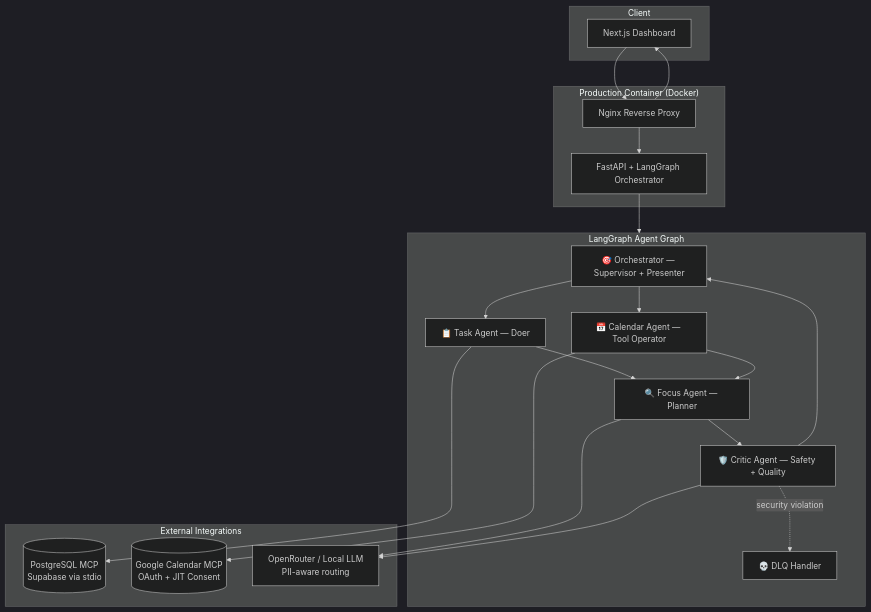
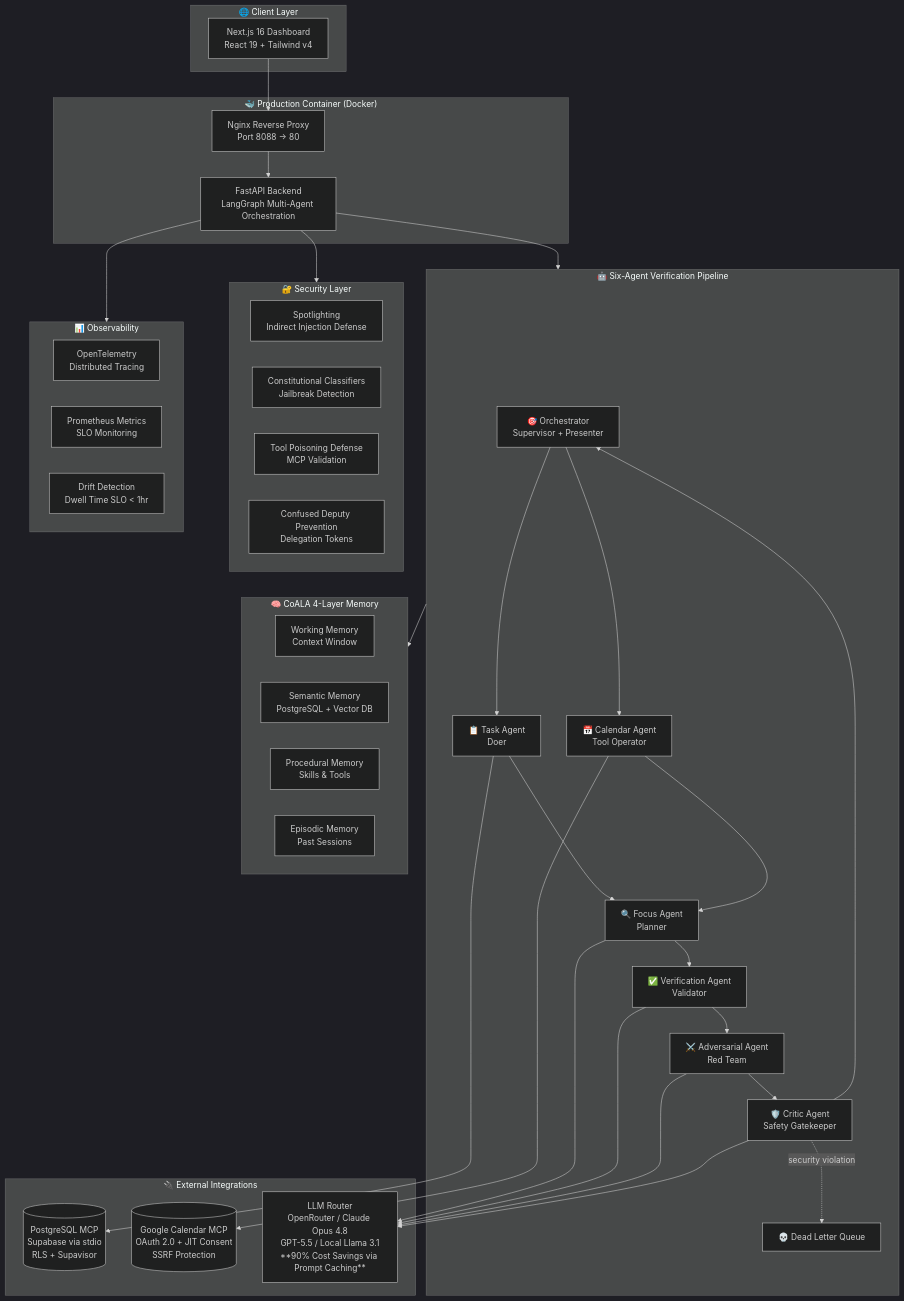
The diagram in README.md (qasirdev/daily-briefing), drawn with Mermaid (dark theme) before and after one commit. The commit also changed other lines of this file and 1 other file, not shown here.

````diff
--- a/README.md
+++ b/README.md
@@ -70,42 +196,71 @@
 ```mermaid
 flowchart TB
-    subgraph Client
-        UI[Next.js Dashboard]
+    subgraph Client["🌐 Client Layer"]
+        UI[Next.js 16 Dashboard<br/>React 19 + Tailwind v4]
     end
 
-    subgraph Container["Production Container (Docker)"]
-        NGINX[Nginx Reverse Proxy]
-        API[FastAPI + LangGraph Orchestrator]
+    subgraph Container["🐳 Production Container (Docker)"]
+        NGINX[Nginx Reverse Proxy<br/>Port 8088 → 80]
+        API[FastAPI Backend<br/>LangGraph Multi-Agent Orchestration]
         UI --> NGINX
         NGINX --> API
-        NGINX --> UI
     end
 
-    subgraph Agents["LangGraph Agent Graph"]
-        ORCH[🎯 Orchestrator — Supervisor + Presenter]
-        TASK[📋 Task Agent — Doer]
-        CAL[📅 Calendar Agent — Tool Operator]
-        FOCUS[🔍 Focus Agent — Planner]
-        CRIT[🛡️ Critic Agent — Safety + Quality]
-        DLQ[💀 DLQ Handler]
+    subgraph Agents["🤖 Six-Agent Verification Pipeline"]
+        ORCH[🎯 Orchestrator<br/>Supervisor + Presenter]
+        TASK[📋 Task Agent<br/>Doer]
+        CAL[📅 Calendar Agent<br/>Tool Operator]
+        FOCUS[🔍 Focus Agent<br/>Planner]
+        VERIFY[✅ Verification Agent<br/>Validator]
+        ADV[⚔️ Adversarial Agent<br/>Red Team]
+        CRIT[🛡️ Critic Agent<br/>Safety Gatekeeper]
+        DLQ[💀 Dead Letter Queue]
+        
         ORCH --> TASK
         ORCH --> CAL
         TASK --> FOCUS
         CAL --> FOCUS
-        FOCUS --> CRIT
+        FOCUS --> VERIFY
+        VERIFY --> ADV
+        ADV --> CRIT
         CRIT --> ORCH
         CRIT -.->|security violation| DLQ
     end
 
-    subgraph Integrations["External Integrations"]
-        MCP_PG[(PostgreSQL MCP\nSupabase via stdio)]
-        MCP_CAL[(Google Calendar MCP\nOAuth + JIT Consent)]
-        LLM[OpenRouter / Local LLM\nPII-aware routing]
+    subgraph Memory["🧠 CoALA 4-Layer Memory"]
+        WORK[Working Memory<br/>Context Window]
+        SEM[Semantic Memory<br/>PostgreSQL + Vector DB]
+        PROC[Procedural Memory<br/>Skills & Tools]
+        EPIS[Episodic Memory<br/>Past Sessions]
+    end
+
+    subgraph Security["🔐 Security Layer"]
+        SPOT[Spotlighting<br/>Indirect Injection Defense]
+        CONST[Constitutional Classifiers<br/>Jailbreak Detection]
+        POISON[Tool Poisoning Defense<br/>MCP Validation]
+        DEPUTY[Confused Deputy Prevention<br/>Delegation Tokens]
+    end
+
+    subgraph Integrations["🔌 External Integrations"]
+        MCP_PG[(PostgreSQL MCP<br/>Supabase via stdio<br/>RLS + Supavisor)]
+        MCP_CAL[(Google Calendar MCP<br/>OAuth 2.0 + JIT Consent<br/>SSRF Protection)]
+        LLM[LLM Router<br/>OpenRouter / Claude Opus 4.8<br/>GPT-5.5 / Local Llama 3.1<br/>**90% Cost Savings via Prompt Caching**]
+    end
+
+    subgraph Observability["📊 Observability"]
+        OTEL[OpenTelemetry<br/>Distributed Tracing]
+        PROM[Prometheus Metrics<br/>SLO Monitoring]
+        DRIFT[Drift Detection<br/>Dwell Time SLO < 1hr]
     end
 
     API --> Agents
+    API --> Security
+    Agents --> Memory
     TASK --> MCP_PG
     CAL --> MCP_CAL
     FOCUS --> LLM
+    VERIFY --> LLM
+    ADV --> LLM
     CRIT --> LLM
+    API --> Observability
 ```
````
